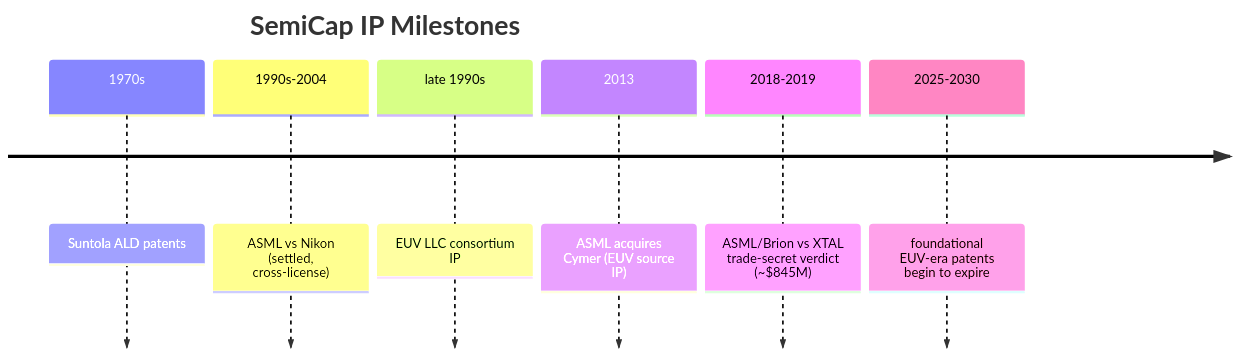
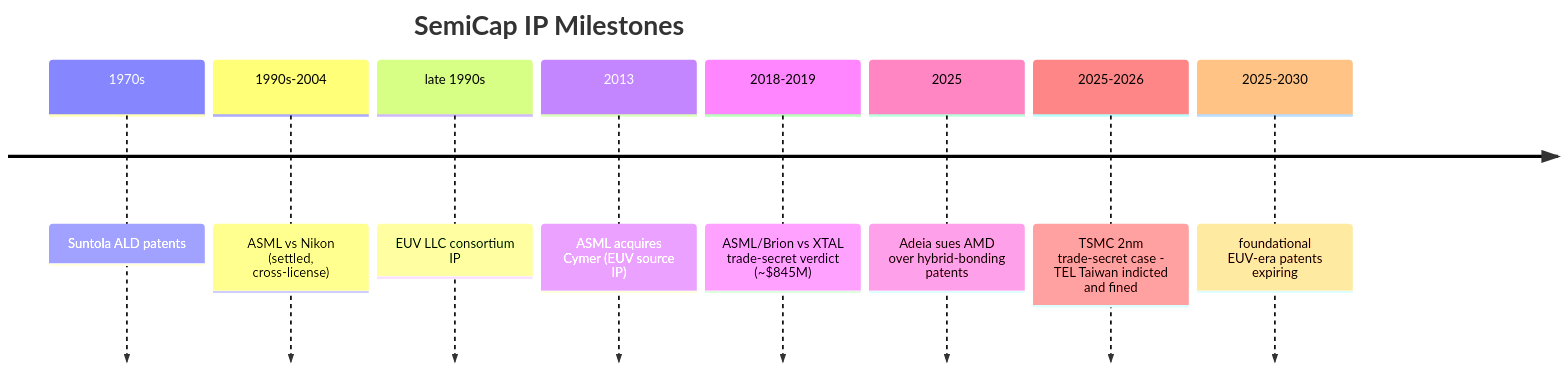
Before and after one commit to FrankHuang94/semicap_technologies_claude: the second of 2 diagrams in 17_patents_and_ip_landscape.md, drawn with Mermaid. The commit also changed other lines of this file and 60 other files, not shown here.

````diff
--- a/17_patents_and_ip_landscape.md
+++ b/17_patents_and_ip_landscape.md
@@ -28,10 +28,12 @@
 ```mermaid
 timeline
     title SemiCap IP Milestones
     1970s : Suntola ALD patents
     1990s-2004 : ASML vs Nikon (settled, cross-license)
     late 1990s : EUV LLC consortium IP
     2013 : ASML acquires Cymer (EUV source IP)
     2018-2019 : ASML/Brion vs XTAL trade-secret verdict (~$845M)
-    2025-2030 : foundational EUV-era patents begin to expire
+    2025 : Adeia sues AMD over hybrid-bonding patents
+    2025-2026 : TSMC 2nm trade-secret case - TEL Taiwan indicted and fined
+    2025-2030 : foundational EUV-era patents expiring
 ```
````
